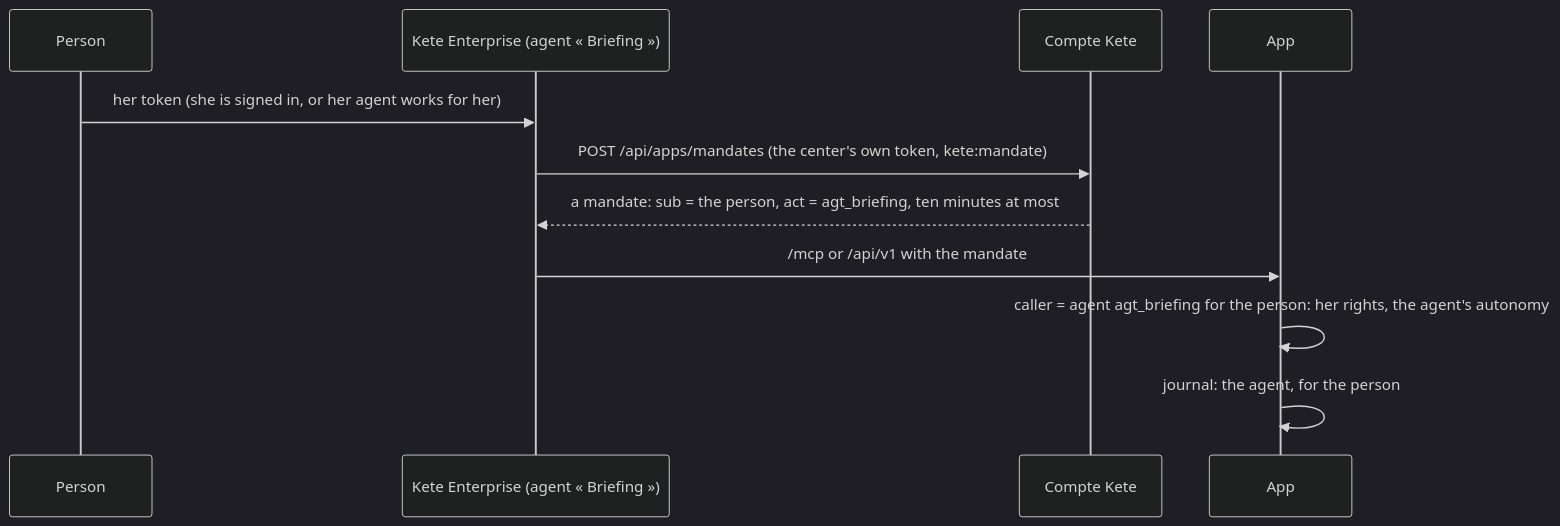
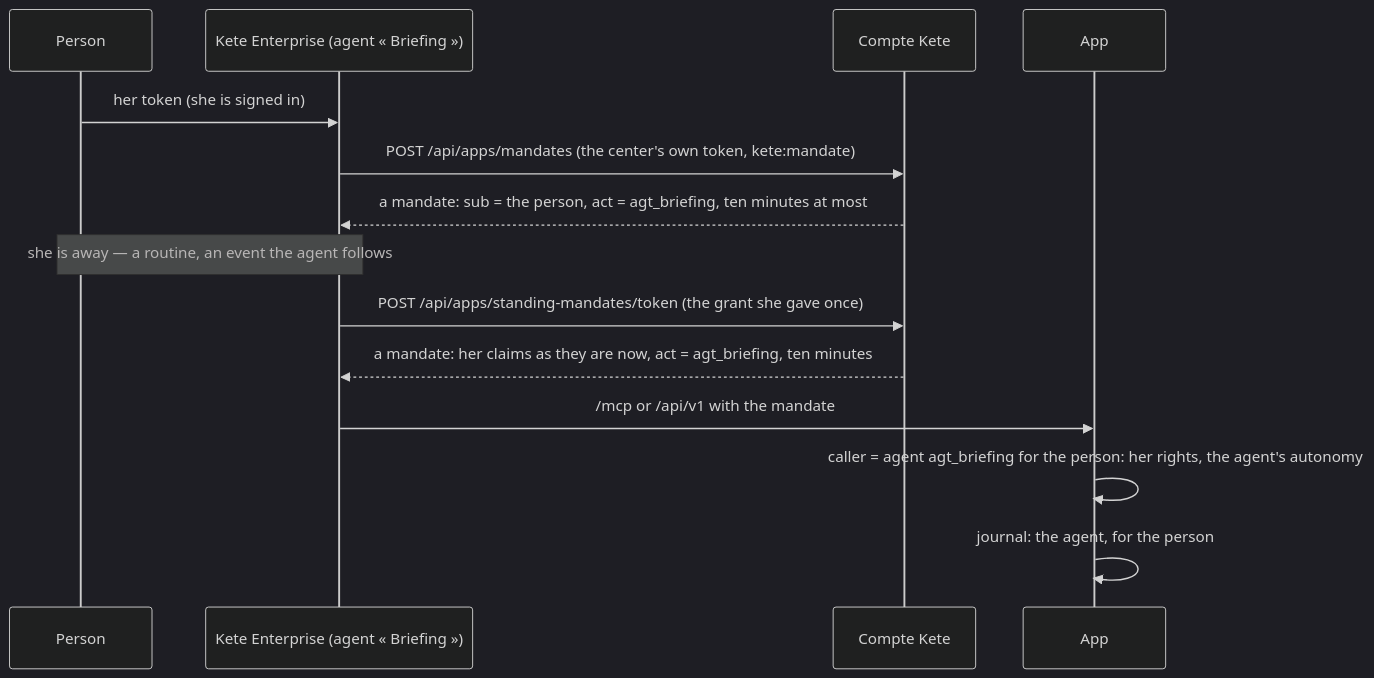
Before and after one commit to kete-africa/kete-core: the diagram in templates/app/docs/flows/an-agent-with-a-mandate.md, drawn with Mermaid (dark theme). The commit also changed other lines of this file and 22 other files, not shown here.

First line of the commit message:
feat(account): standing mandates — an agent acts for a person while she is away (spec 150)

````diff
--- a/templates/app/docs/flows/an-agent-with-a-mandate.md
+++ b/templates/app/docs/flows/an-agent-with-a-mandate.md
@@ -7,13 +7,16 @@
 ```mermaid
 sequenceDiagram
   participant P as Person
   participant E as Kete Enterprise (agent « Briefing »)
   participant K as Compte Kete
   participant A as App
-  P->>E: her token (she is signed in, or her agent works for her)
+  P->>E: her token (she is signed in)
   E->>K: POST /api/apps/mandates (the center's own token, kete:mandate)
   K-->>E: a mandate: sub = the person, act = agt_briefing, ten minutes at most
+  Note over P,E: she is away — a routine, an event the agent follows
+  E->>K: POST /api/apps/standing-mandates/token (the grant she gave once)
+  K-->>E: a mandate: her claims as they are now, act = agt_briefing, ten minutes
   E->>A: /mcp or /api/v1 with the mandate
   A->>A: caller = agent agt_briefing for the person: her rights, the agent's autonomy
   A->>A: journal: the agent, for the person
 ```
````
